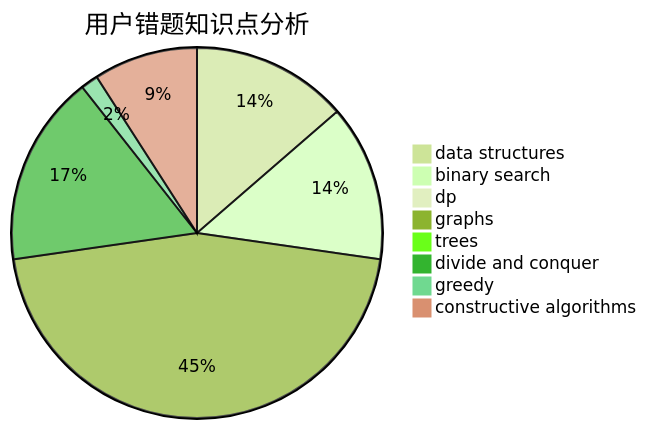
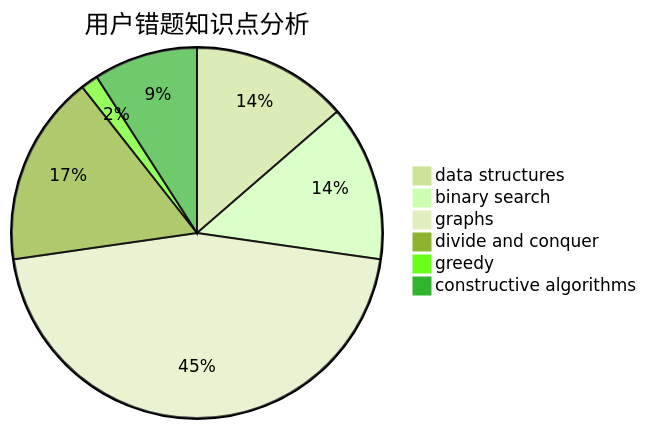
The third of 3 diagrams in docs/user/u2451.md (sherpahu/cfrs.github.io), drawn with Mermaid (forest theme) before and after one commit. The commit also changed other lines of this file and 2770 other files, not shown here.

````diff
--- a/docs/user/u2451.md
+++ b/docs/user/u2451.md
@@ -31,11 +27,9 @@
 ```mermaid
 pie title 用户错题知识点分析
     "data structures" :  9
     "binary search" :  9
-    "dp" :  0
     "graphs" :  30
-    "trees" :  0
     "divide and conquer" :  11
     "greedy" :  1
     "constructive algorithms" :  6
 ```
````
